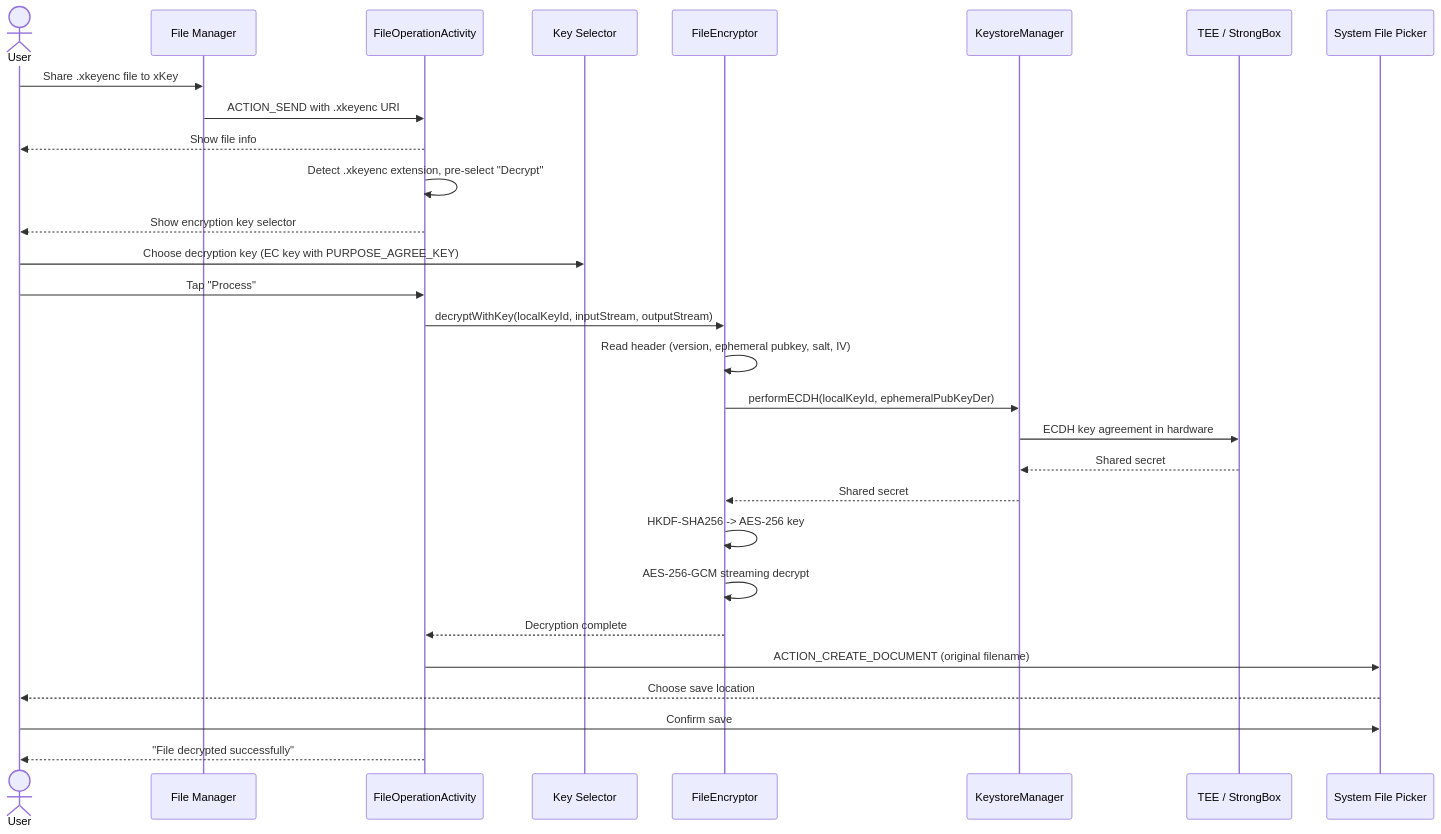
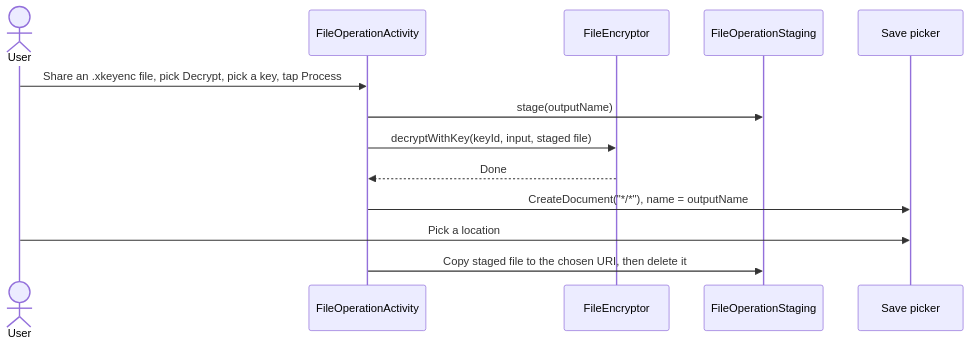
One commit to jeremyhahn/xkey-android changed the fifth of 5 diagrams in docs/file-operations/architecture.md. Above: the diagram before and after it, drawn with Mermaid. The commit also changed other lines of this file and 39 other files, not shown here.

````diff
--- a/docs/file-operations/architecture.md
+++ b/docs/file-operations/architecture.md
@@ -213,37 +170,16 @@
 ```mermaid
 sequenceDiagram
     actor User
-    participant App as File Manager
     participant FOA as FileOperationActivity
-    participant KS as Key Selector
     participant FE as FileEncryptor
-    participant KM as KeystoreManager
-    participant HW as TEE / StrongBox
-    participant SAF as System File Picker
+    participant ST as FileOperationStaging
+    participant SAF as Save picker
 
-    User->>App: Share .xkeyenc file to xKey
-    App->>FOA: ACTION_SEND with .xkeyenc URI
-
-    FOA-->>User: Show file info
-    FOA->>FOA: Detect .xkeyenc extension, pre-select "Decrypt"
-    FOA-->>User: Show encryption key selector
-    User->>KS: Choose decryption key (EC key with PURPOSE_AGREE_KEY)
-
-    User->>FOA: Tap "Process"
-
-    FOA->>FE: decryptWithKey(localKeyId, inputStream, outputStream)
-    FE->>FE: Read header (version, ephemeral pubkey, salt, IV)
-    FE->>KM: performECDH(localKeyId, ephemeralPubKeyDer)
-    KM->>HW: ECDH key agreement in hardware
-    HW-->>KM: Shared secret
-    KM-->>FE: Shared secret
-    FE->>FE: HKDF-SHA256 -> AES-256 key
-    FE->>FE: AES-256-GCM streaming decrypt
-
-    FE-->>FOA: Decryption complete
-
-    FOA->>SAF: ACTION_CREATE_DOCUMENT (original filename)
-    SAF-->>User: Choose save location
-    User->>SAF: Confirm save
-    FOA-->>User: "File decrypted successfully"
+    User->>FOA: Share an .xkeyenc file, pick Decrypt, pick a key, tap Process
+    FOA->>ST: stage(outputName)
+    FOA->>FE: decryptWithKey(keyId, input, staged file)
+    FE-->>FOA: Done
+    FOA->>SAF: CreateDocument("*/*"), name = outputName
+    User->>SAF: Pick a location
+    FOA->>ST: Copy staged file to the chosen URI, then delete it
 ```
````
